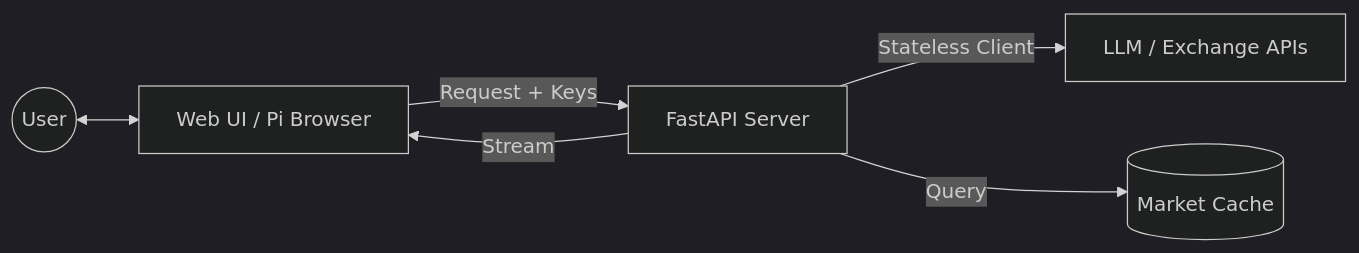
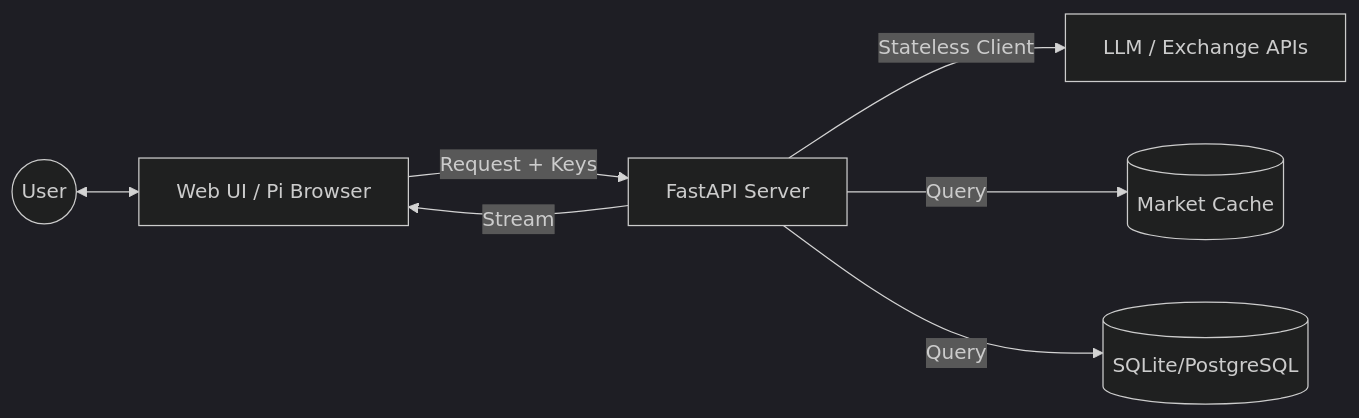
The diagram in README.md (aaaa47080/stock_agent), drawn with Mermaid (dark theme) before and after one commit. The commit also changed other lines of this file and 64 other files, not shown here.

````diff
--- a/README.md
+++ b/README.md
@@ -71,8 +74,9 @@
 ```mermaid
 graph LR
     User((User)) <--> UI[Web UI / Pi Browser]
     UI -- "Request + Keys" --> API[FastAPI Server]
     API -- "Stateless Client" --> LLM[LLM / Exchange APIs]
     API -- "Query" --> Cache[(Market Cache)]
+    API -- "Query" --> DB[(SQLite/PostgreSQL)]
     API -- "Stream" --> UI
 ```
````
